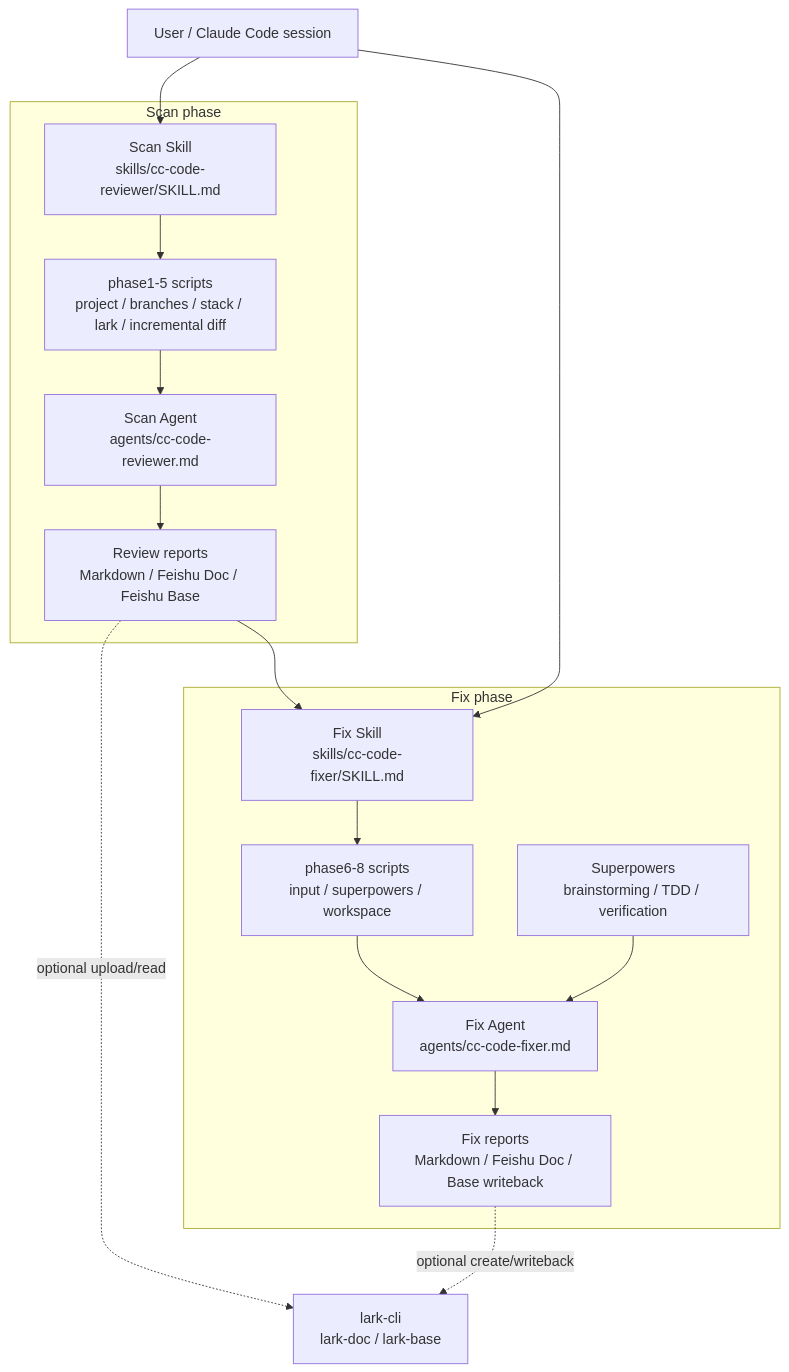
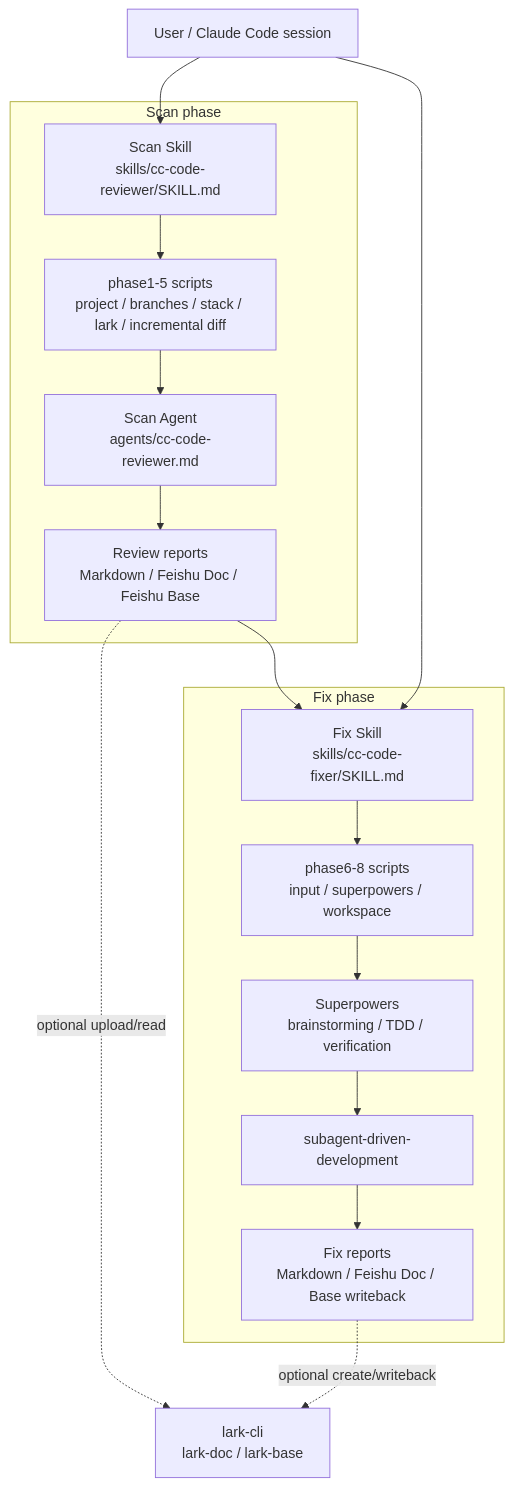
One commit to ataskite/cc-code-reviewer changed the diagram in AGENTS.md. Above: the diagram before and after it, drawn with Mermaid. The commit also changed other lines of this file and 9 other files, not shown here.

Commit message:
refactor: delegate fixer execution to superpowers

````diff
--- a/AGENTS.md
+++ b/AGENTS.md
@@ -15,31 +15,31 @@
 ```mermaid
 flowchart TD
     User["User / Claude Code session"]
     ReviewSkill["Scan Skill<br/>skills/cc-code-reviewer/SKILL.md"]
     FixSkill["Fix Skill<br/>skills/cc-code-fixer/SKILL.md"]
     ReviewAgent["Scan Agent<br/>agents/cc-code-reviewer.md"]
-    FixAgent["Fix Agent<br/>agents/cc-code-fixer.md"]
     Reports["Review reports<br/>Markdown / Feishu Doc / Feishu Base"]
     FixReports["Fix reports<br/>Markdown / Feishu Doc / Base writeback"]
     Lark["lark-cli<br/>lark-doc / lark-base"]
     Superpowers["Superpowers<br/>brainstorming / TDD / verification"]
+    SubAgentDriven["subagent-driven-development"]
 
     subgraph ScanPhase["Scan phase"]
       ReviewSkill --> ScanScripts["phase1-5 scripts<br/>project / branches / stack / lark / incremental diff"]
       ScanScripts --> ReviewAgent
       ReviewAgent --> Reports
     end
 
     subgraph FixPhase["Fix phase"]
       Reports --> FixSkill
       FixSkill --> FixScripts["phase6-8 scripts<br/>input / superpowers / workspace"]
-      FixScripts --> FixAgent
-      Superpowers --> FixAgent
-      FixAgent --> FixReports
+      FixScripts --> Superpowers
+      Superpowers --> SubAgentDriven
+      SubAgentDriven --> FixReports
     end
 
     User --> ReviewSkill
     User --> FixSkill
     Reports -.optional upload/read.-> Lark
     FixReports -.optional create/writeback.-> Lark
 ```
````
